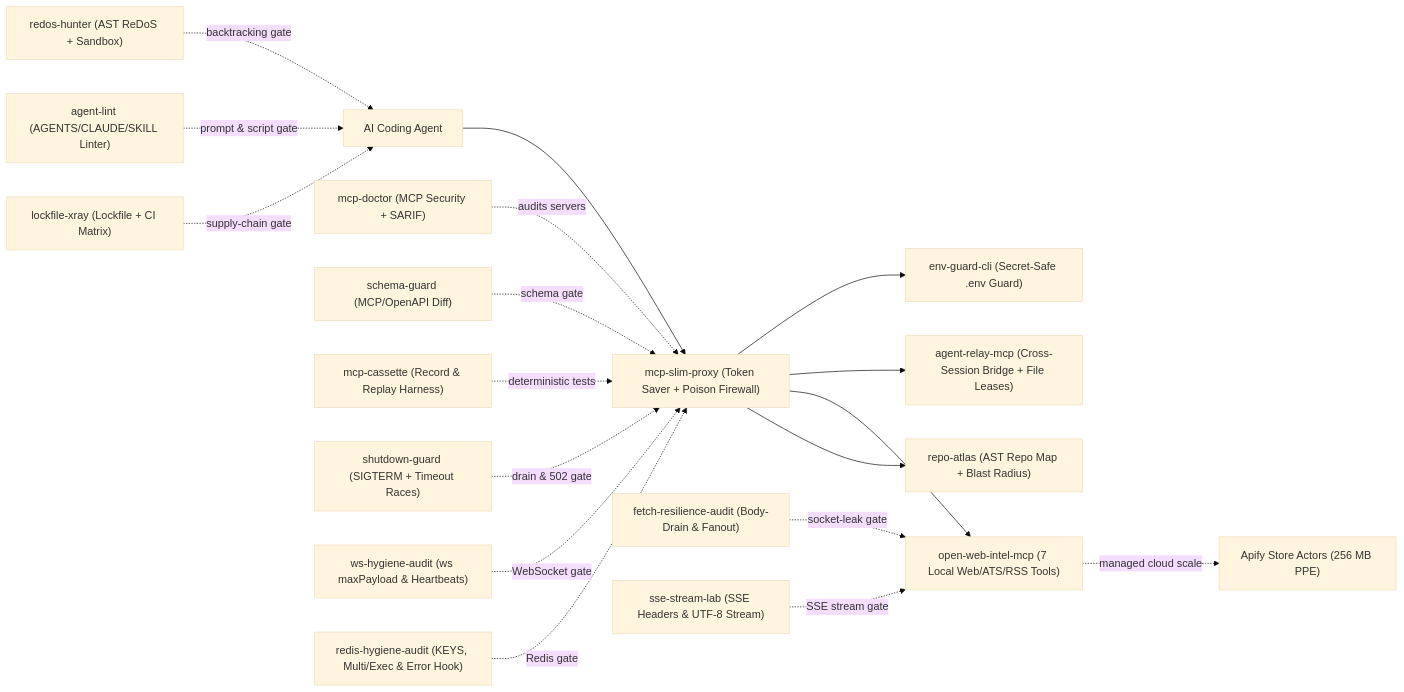
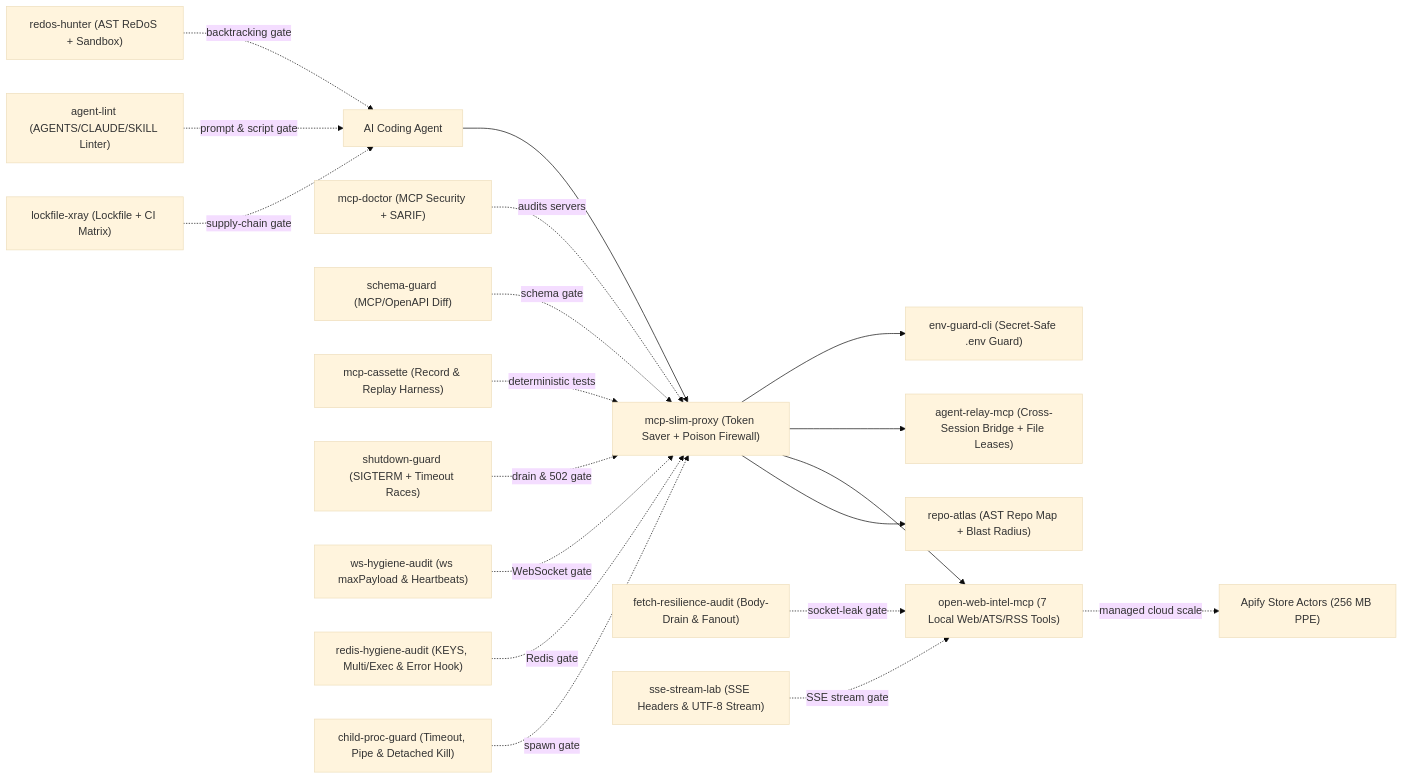
The diagram in README.md (pie527645-cloud/pie527645-cloud), drawn with Mermaid (base theme) before and after one commit. The commit also changed other lines of this file, not shown here.

Commit message:
docs: add child-proc-guard to Wave 7 suite table and pipeline

````diff
--- a/README.md
+++ b/README.md
@@ -5,20 +5,21 @@
 ```mermaid
 flowchart LR
     Agent["AI Coding Agent"] --> Slim["mcp-slim-proxy (Token Saver + Poison Firewall)"]
     Slim --> Atlas["repo-atlas (AST Repo Map + Blast Radius)"]
     Slim --> WebIntel["open-web-intel-mcp (7 Local Web/ATS/RSS Tools)"]
     Slim --> Relay["agent-relay-mcp (Cross-Session Bridge + File Leases)"]
     Slim --> EnvGuard["env-guard-cli (Secret-Safe .env Guard)"]
     Doctor["mcp-doctor (MCP Security + SARIF)"] -. audits servers .-> Slim
     Schema["schema-guard (MCP/OpenAPI Diff)"] -. schema gate .-> Slim
     Cassette["mcp-cassette (Record & Replay Harness)"] -. deterministic tests .-> Slim
     Xray["lockfile-xray (Lockfile + CI Matrix)"] -. supply-chain gate .-> Agent
     AgentLint["agent-lint (AGENTS/CLAUDE/SKILL Linter)"] -. prompt & script gate .-> Agent
     Redos["redos-hunter (AST ReDoS + Sandbox)"] -. backtracking gate .-> Agent
     Shutdown["shutdown-guard (SIGTERM + Timeout Races)"] -. drain & 502 gate .-> Slim
     FetchAudit["fetch-resilience-audit (Body-Drain & Fanout)"] -. socket-leak gate .-> WebIntel
     SseAudit["sse-stream-lab (SSE Headers & UTF-8 Stream)"] -. SSE stream gate .-> WebIntel
     WsAudit["ws-hygiene-audit (ws maxPayload & Heartbeats)"] -. WebSocket gate .-> Slim
     RedisAudit["redis-hygiene-audit (KEYS, Multi/Exec & Error Hook)"] -. Redis gate .-> Slim
+    ChildProc["child-proc-guard (Timeout, Pipe & Detached Kill)"] -. spawn gate .-> Slim
     WebIntel -. managed cloud scale .-> Apify["Apify Store Actors (256 MB PPE)"]
 ```
````
